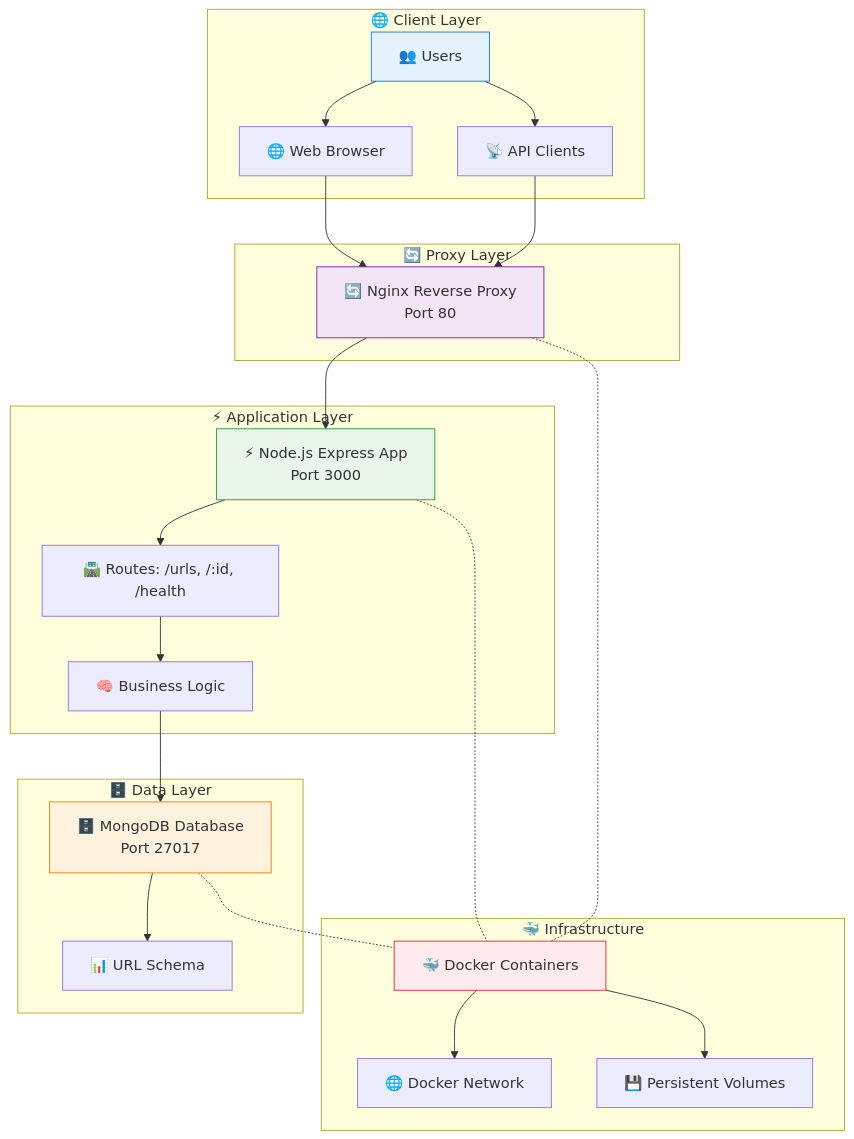
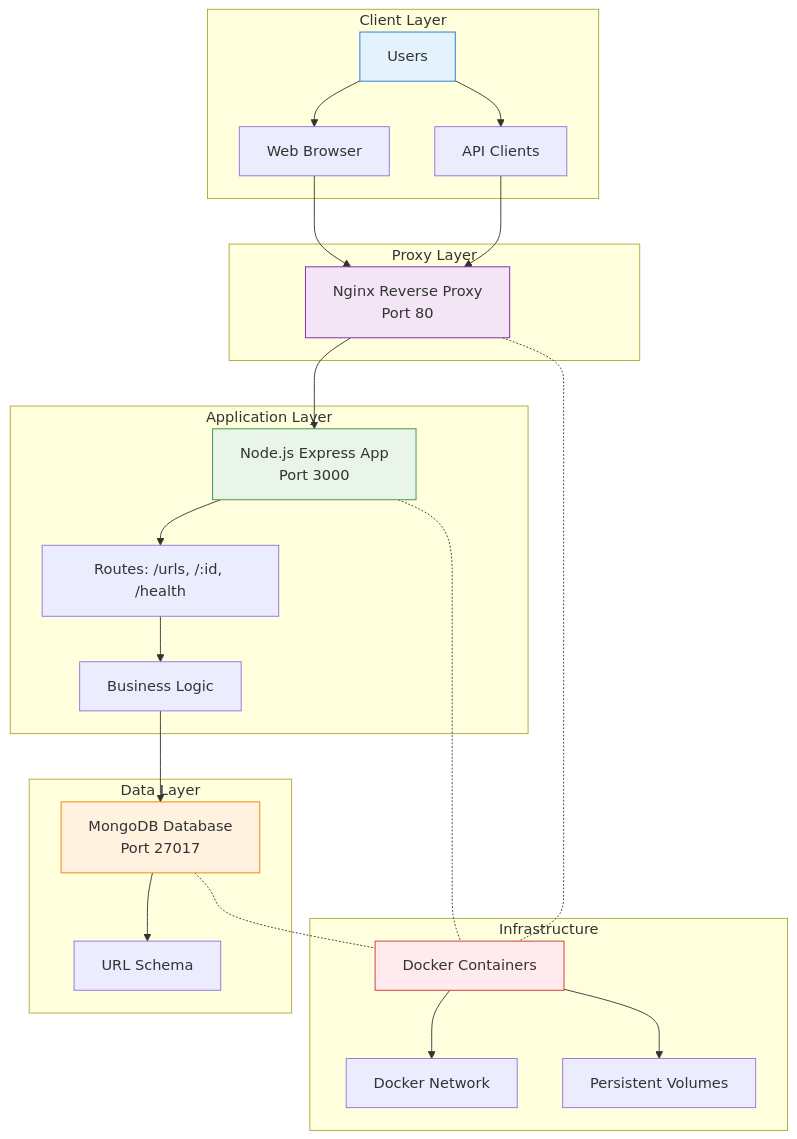
The second of 13 diagrams in url-shortener-lab02-feature-nginx-layer/README.md (Shahriarin2garden/url-shortener-lab02-feature-nginx-layer), drawn with Mermaid before and after one commit. The commit also changed other lines of this file, not shown here.

````diff
--- a/url-shortener-lab02-feature-nginx-layer/README.md
+++ b/url-shortener-lab02-feature-nginx-layer/README.md
@@ -29,53 +48,53 @@
 ```mermaid
 graph TB
-    subgraph "🌐 Client Layer"
-        Users[👥 Users]
-        Browser[🌐 Web Browser]
-        API[📡 API Clients]
+    subgraph "Client Layer"
+        Users[Users]
+        Browser[Web Browser]
+        API[API Clients]
     end
-    
-    subgraph "🔄 Proxy Layer"
-        Nginx[🔄 Nginx Reverse Proxy<br/>Port 80]
+
+    subgraph "Proxy Layer"
+        Nginx[Nginx Reverse Proxy<br/>Port 80]
     end
-    
-    subgraph "⚡ Application Layer"
-        App[⚡ Node.js Express App<br/>Port 3000]
-        Routes[🛣️ Routes: /urls, /:id, /health]
-        Logic[🧠 Business Logic]
+
+    subgraph "Application Layer"
+        App[Node.js Express App<br/>Port 3000]
+        Routes[Routes: /urls, /:id, /health]
+        Logic[Business Logic]
     end
-    
-    subgraph "🗄️ Data Layer"
-        MongoDB[🗄️ MongoDB Database<br/>Port 27017]
-        Schema[📊 URL Schema]
+
+    subgraph "Data Layer"
+        MongoDB[MongoDB Database<br/>Port 27017]
+        Schema[URL Schema]
     end
-    
-    subgraph "🐳 Infrastructure"
-        Docker[🐳 Docker Containers]
-        Network[🌐 Docker Network]
-        Volumes[💾 Persistent Volumes]
+
+    subgraph "Infrastructure"
+        Docker[Docker Containers]
+        Network[Docker Network]
+        Volumes[Persistent Volumes]
     end
-    
+
     Users --> Browser
     Users --> API
     Browser --> Nginx
     API --> Nginx
-    
+
     Nginx --> App
     App --> Routes
     Routes --> Logic
     Logic --> MongoDB
     MongoDB --> Schema
-    
+
     App -.- Docker
     Nginx -.- Docker
     MongoDB -.- Docker
-    
+
     Docker --> Network
     Docker --> Volumes
-    
+
     style Users fill:#e3f2fd,stroke:#1976d2
     style Nginx fill:#f3e5f5,stroke:#7b1fa2
     style App fill:#e8f5e8,stroke:#388e3c
     style MongoDB fill:#fff3e0,stroke:#f57c00
     style Docker fill:#ffebee,stroke:#d32f2f
 ```
````
